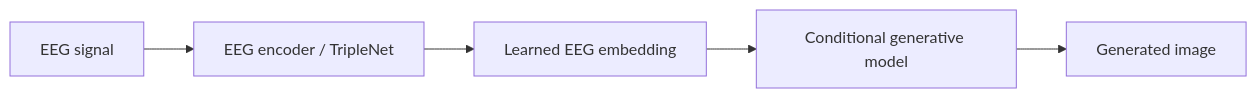
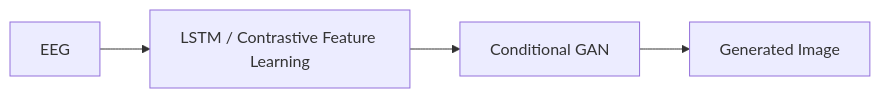
One commit to agrawalmalav/EEG2ImageTransformer changed the third of 4 diagrams in README.md. Above: the diagram before and after it, drawn with Mermaid. The commit also changed other lines of this file, not shown here.

First line of the commit message:
Revise README for EEG-to-Image project details

````diff
--- a/README.md
+++ b/README.md
@@ -9,7 +729,6 @@
 ```mermaid
 flowchart LR
-    A[EEG signal] --> B[EEG encoder / TripleNet]
-    B --> C[Learned EEG embedding]
-    C --> D[Conditional generative model]
-    D --> E[Generated image]
+    A[EEG] --> B[LSTM / Contrastive Feature Learning]
+    B --> C[Conditional GAN]
+    C --> D[Generated Image]
 ```
````
